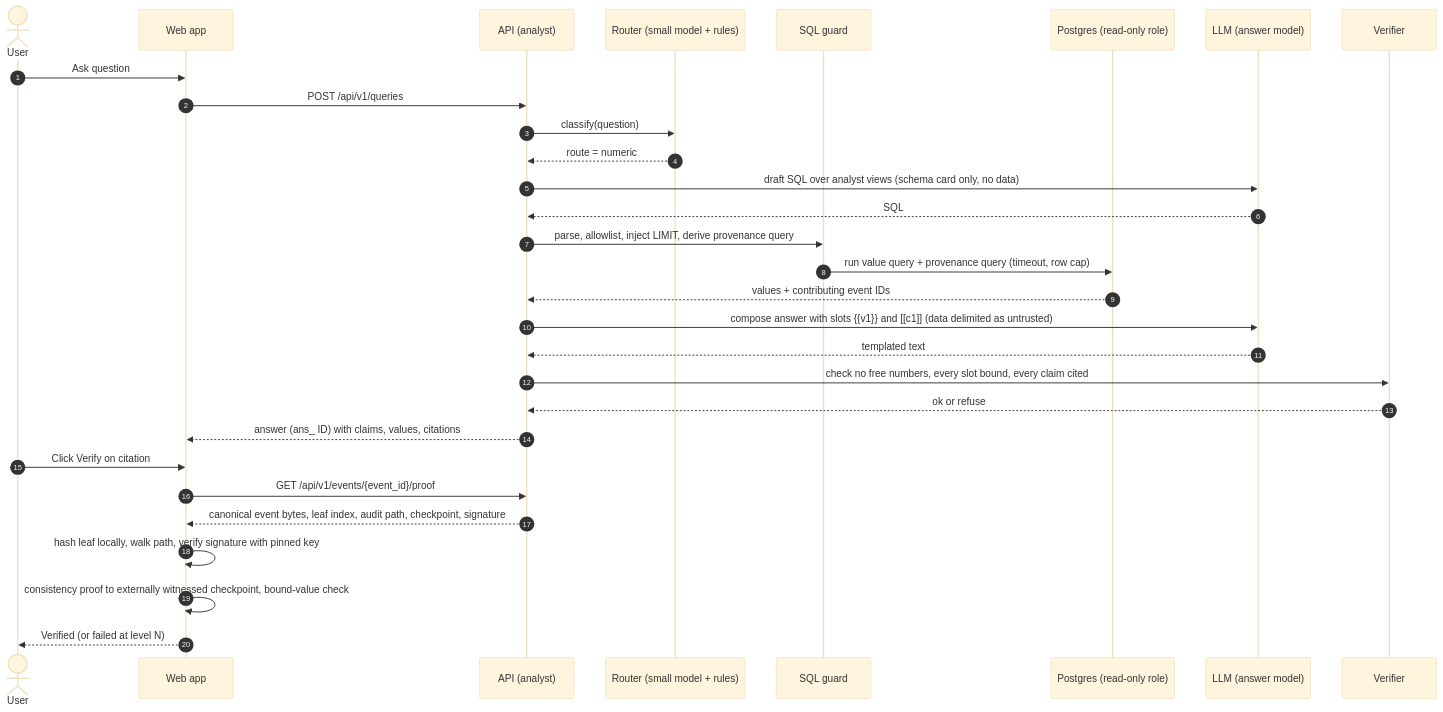
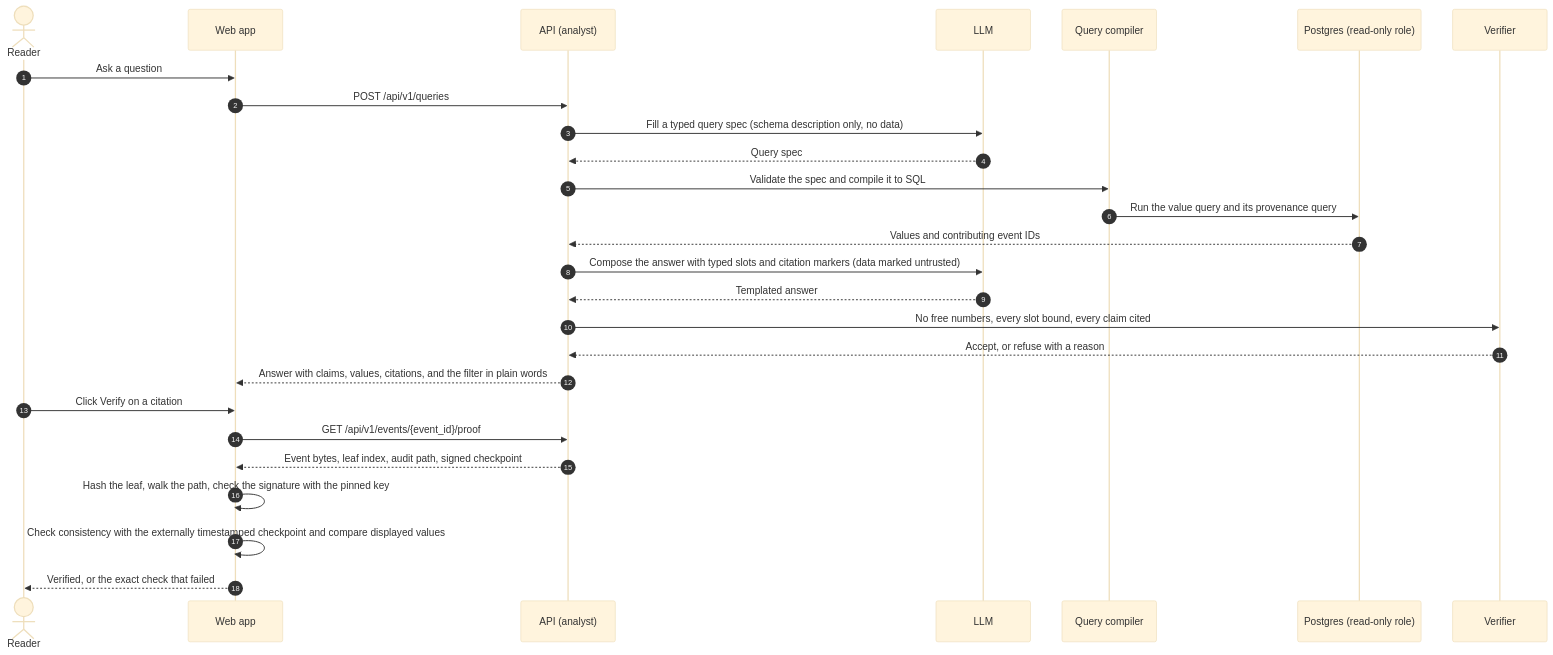
The third of 3 diagrams in docs/architecture.md (raunak-choudhary/tallyproof), drawn with Mermaid (base theme) before and after one commit. The commit also changed other lines of this file, not shown here.

First line of the commit message:
docs(architecture): rewrite the architecture document for readers

````diff
--- a/docs/architecture.md
+++ b/docs/architecture.md
@@ -90,32 +87,29 @@
 ```mermaid
 sequenceDiagram
 autonumber
-actor U as User
+actor U as Reader
 participant W as Web app
 participant A as API (analyst)
-participant R as Router (small model + rules)
-participant G as SQL guard
+participant L as LLM
+participant C as Query compiler
 participant DB as Postgres (read-only role)
-participant L as LLM (answer model)
 participant V as Verifier
-U->>W: Ask question
+U->>W: Ask a question
 W->>A: POST /api/v1/queries
-A->>R: classify(question)
-R-->>A: route = numeric
-A->>L: draft SQL over analyst views (schema card only, no data)
-L-->>A: SQL
-A->>G: parse, allowlist, inject LIMIT, derive provenance query
-G->>DB: run value query + provenance query (timeout, row cap)
-DB-->>A: values + contributing event IDs
-A->>L: compose answer with slots {{v1}} and [[c1]] (data delimited as untrusted)
-L-->>A: templated text
-A->>V: check no free numbers, every slot bound, every claim cited
-V-->>A: ok or refuse
-A-->>W: answer (ans_ ID) with claims, values, citations
-U->>W: Click Verify on citation
+A->>L: Fill a typed query spec (schema description only, no data)
+L-->>A: Query spec
+A->>C: Validate the spec and compile it to SQL
+C->>DB: Run the value query and its provenance query
+DB-->>A: Values and contributing event IDs
+A->>L: Compose the answer with typed slots and citation markers (data marked untrusted)
+L-->>A: Templated answer
+A->>V: No free numbers, every slot bound, every claim cited
+V-->>A: Accept, or refuse with a reason
+A-->>W: Answer with claims, values, citations, and the filter in plain words
+U->>W: Click Verify on a citation
 W->>A: GET /api/v1/events/{event_id}/proof
-A-->>W: canonical event bytes, leaf index, audit path, checkpoint, signature
-W->>W: hash leaf locally, walk path, verify signature with pinned key
-    W->>W: consistency proof to externally witnessed checkpoint, bound-value check
-W-->>U: Verified (or failed at level N)
+A-->>W: Event bytes, leaf index, audit path, signed checkpoint
+W->>W: Hash the leaf, walk the path, check the signature with the pinned key
+W->>W: Check consistency with the externally timestamped checkpoint and compare displayed values
+W-->>U: Verified, or the exact check that failed
 ```
````
